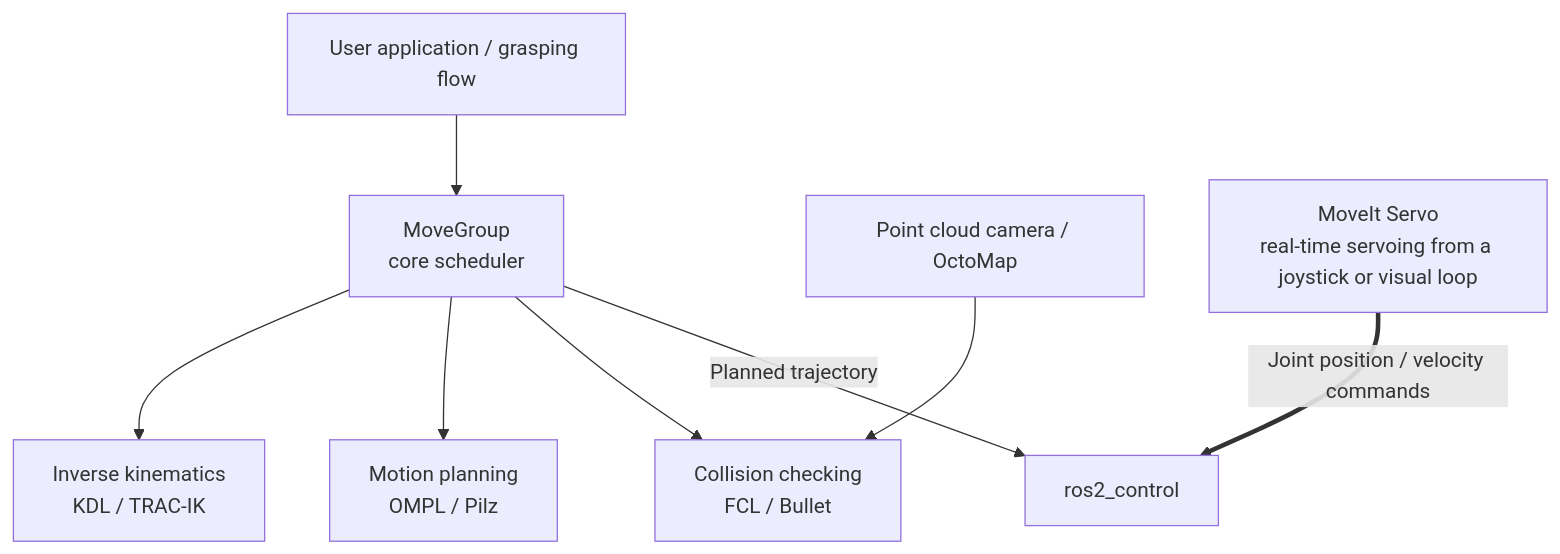
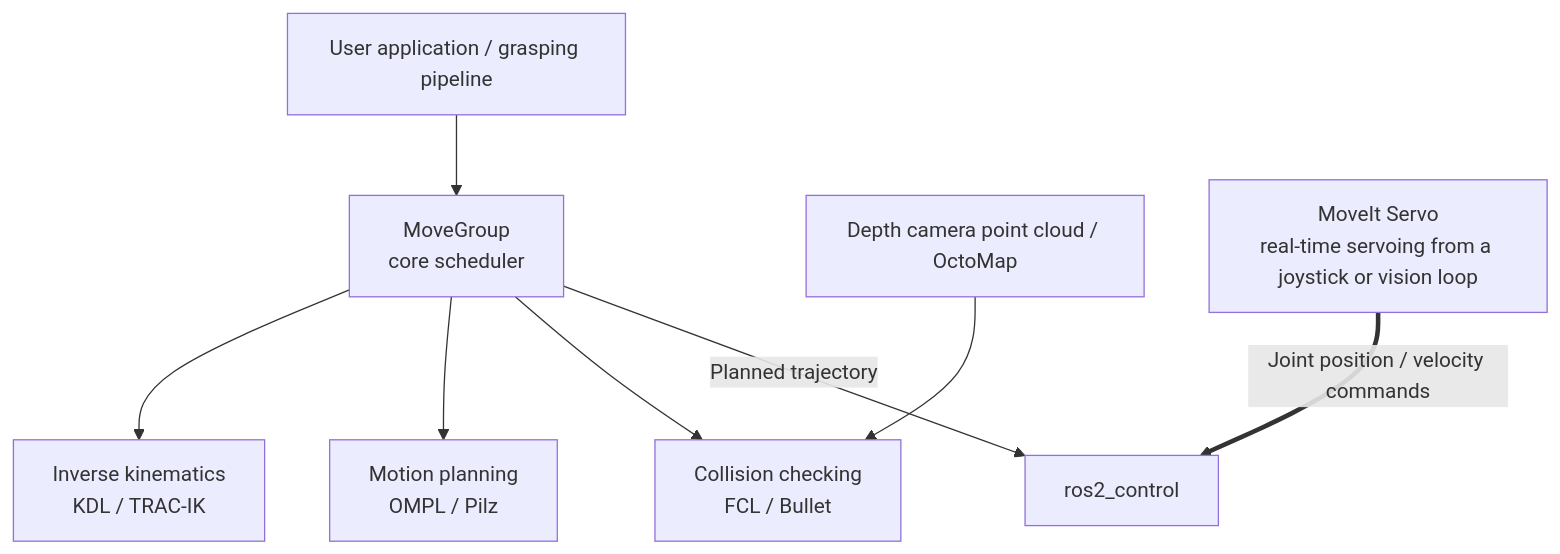
Diagram 18 of 21 in _translations/en/research/ROS2-Survey.md (TingdeLiu/tingdeliu.github.io), drawn with Mermaid before and after one commit. The commit also changed other lines of this file and 51 other files, not shown here.

````diff
--- a/_translations/en/research/ROS2-Survey.md
+++ b/_translations/en/research/ROS2-Survey.md
@@ -985,10 +985,10 @@
 ```mermaid
 flowchart TB
-    UserApp["User application / grasping flow"] --> MG["MoveGroup<br/>core scheduler"]
+    UserApp["User application / grasping pipeline"] --> MG["MoveGroup<br/>core scheduler"]
     MG --> IK["Inverse kinematics<br/>KDL / TRAC-IK"]
     MG --> Plan["Motion planning<br/>OMPL / Pilz"]
     MG --> Coll["Collision checking<br/>FCL / Bullet"]
-    SensorCloud["Point cloud camera / OctoMap"] --> Coll
-    Servo["MoveIt Servo<br/>real-time servoing from a joystick or visual loop"] ==>|Joint position / velocity commands| RosControl["ros2_control"]
+    SensorCloud["Depth camera point cloud / OctoMap"] --> Coll
+    Servo["MoveIt Servo<br/>real-time servoing from a joystick or vision loop"] ==>|Joint position / velocity commands| RosControl["ros2_control"]
     MG -->|Planned trajectory| RosControl
 ```
````
